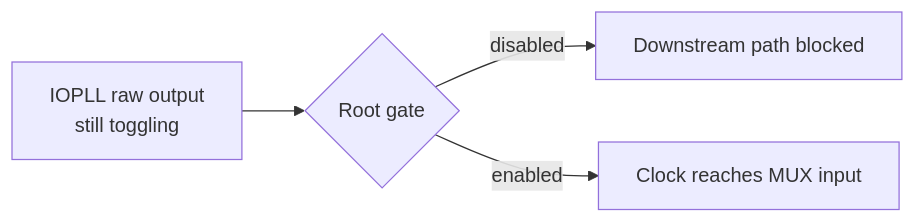
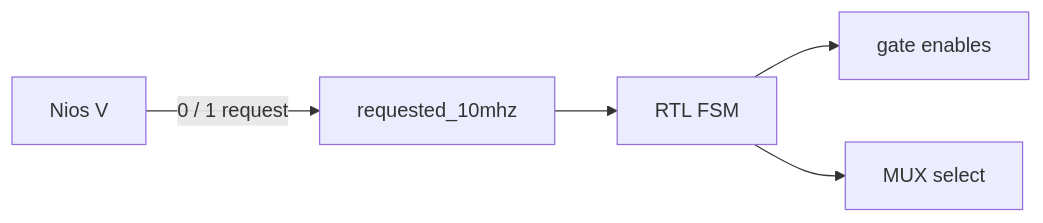
The second of 4 diagrams in README.md (Jiayhocoding/iopll_niosv_50_10_mux_gating), drawn with Mermaid before and after one commit. The commit also changed other lines of this file, not shown here.

Commit message:
docs: realign README with current mux gating implementation

````diff
--- a/README.md
+++ b/README.md
@@ -76,6 +65,7 @@
 ```mermaid
 flowchart LR
-    RAW["IOPLL raw output<br/>still toggling"] --> GATE{"Root gate"}
-    GATE -->|"disabled"| STOP["Downstream path blocked"]
-    GATE -->|"enabled"| PASS["Clock reaches MUX input"]
+    NIOS["Nios V"] -->|"0 / 1 request"| PIO["requested_10mhz"]
+    PIO --> FSM["RTL FSM"]
+    FSM --> GATES["gate enables"]
+    FSM --> SEL["MUX select"]
 ```
````
